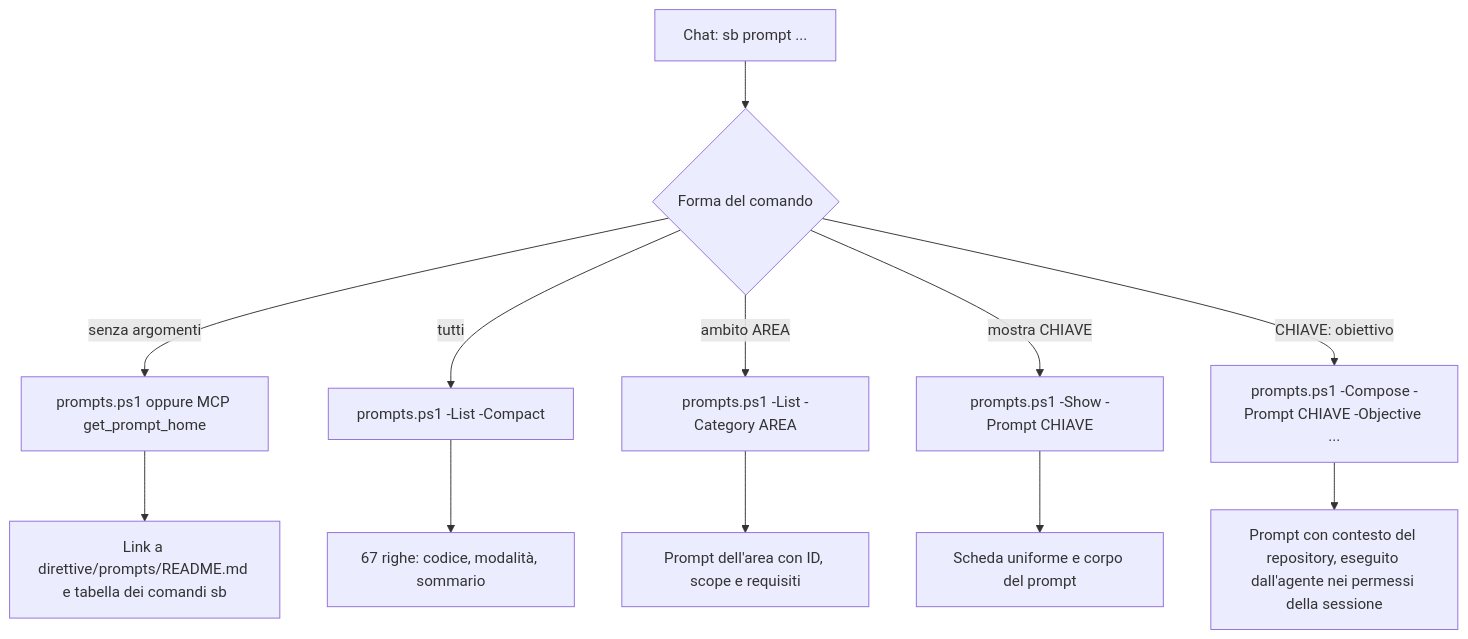
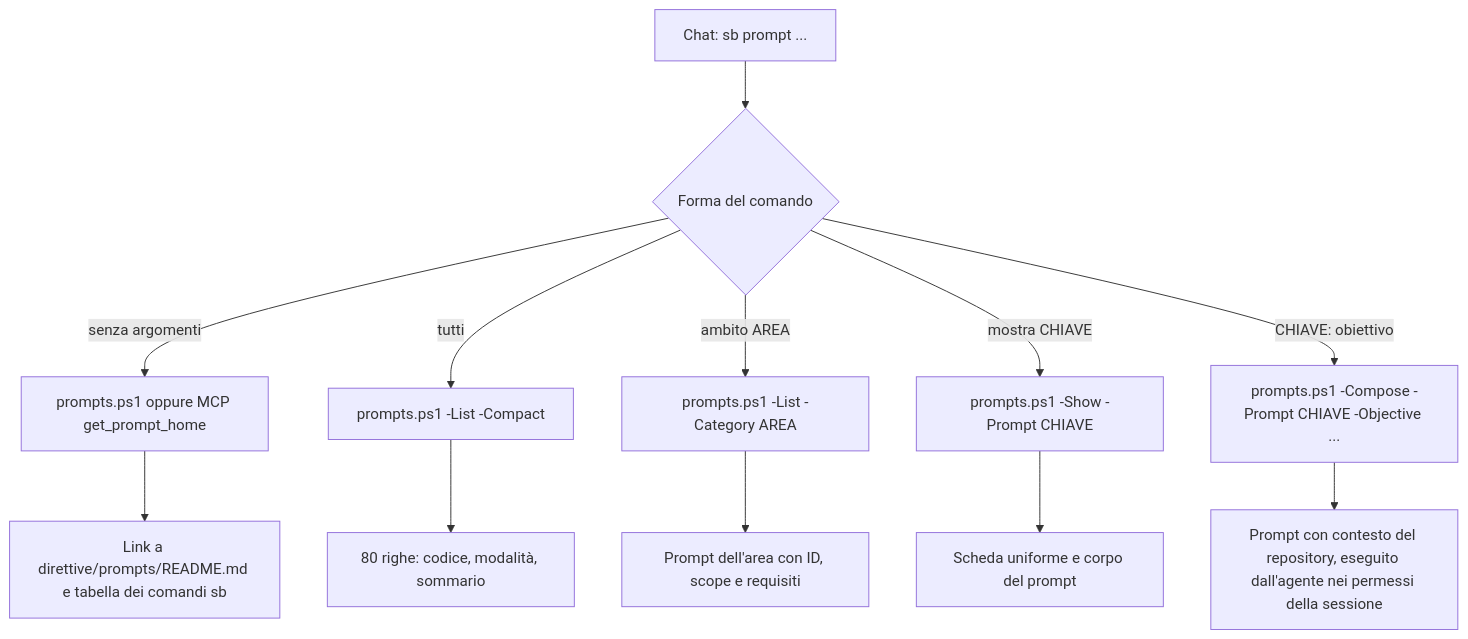
Before and after one commit to dennidalpos/secondbrain: the diagram in docs/prompt-workflows.md, drawn with Mermaid. The commit also changed other lines of this file and 46 other files, not shown here.

````diff
--- a/docs/prompt-workflows.md
+++ b/docs/prompt-workflows.md
@@ -23,14 +23,14 @@
 ```mermaid
 flowchart TD
     A["Chat: sb prompt ..."] --> B{"Forma del comando"}
     B -->|"senza argomenti"| C["prompts.ps1 oppure MCP get_prompt_home"]
     B -->|"tutti"| D["prompts.ps1 -List -Compact"]
     B -->|"ambito AREA"| E["prompts.ps1 -List -Category AREA"]
     B -->|"mostra CHIAVE"| F["prompts.ps1 -Show -Prompt CHIAVE"]
     B -->|"CHIAVE: obiettivo"| G["prompts.ps1 -Compose -Prompt CHIAVE -Objective ..."]
     C --> H["Link a direttive/prompts/README.md e tabella dei comandi sb"]
-    D --> I["67 righe: codice, modalità, sommario"]
+    D --> I["80 righe: codice, modalità, sommario"]
     E --> J["Prompt dell'area con ID, scope e requisiti"]
     F --> K["Scheda uniforme e corpo del prompt"]
     G --> L["Prompt con contesto del repository, eseguito dall'agente nei permessi della sessione"]
 ```
````
